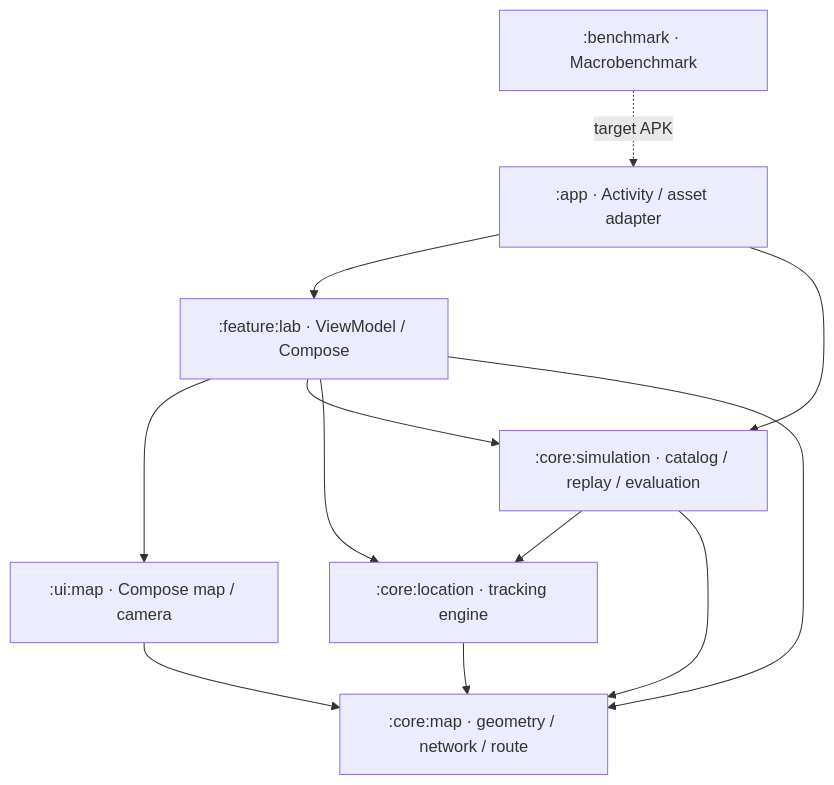
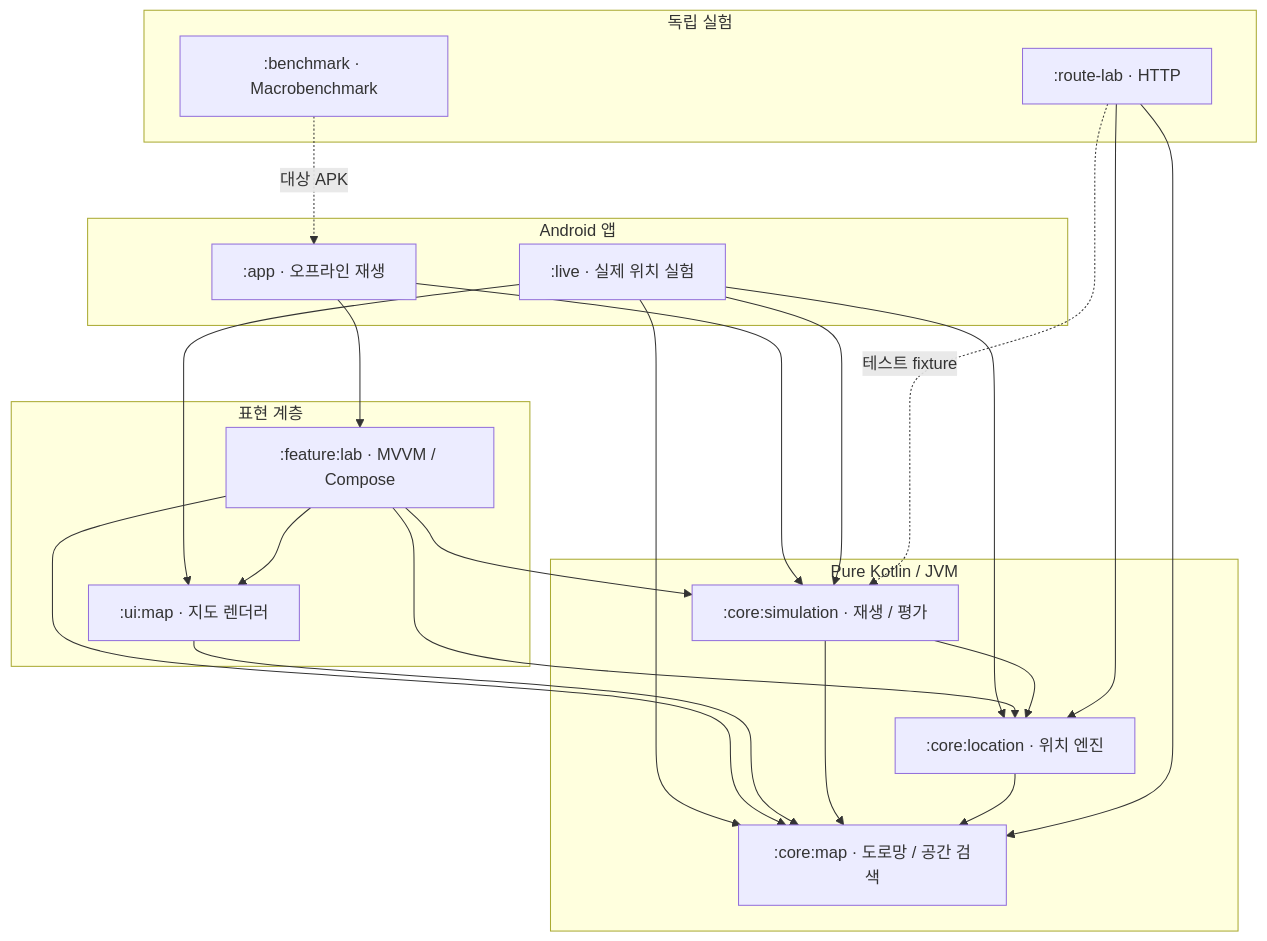
One commit to CodingBot000/AndroidLocaltionRecovery changed the first of 4 diagrams in docs/architecture.md. Above: the diagram before and after it, drawn with Mermaid. The commit also changed other lines of this file and 17 other files, not shown here.

Commit message:
docs: reorganize architecture, engineering results and verification guides

````diff
--- a/docs/architecture.md
+++ b/docs/architecture.md
@@ -3,14 +9,29 @@
 ```mermaid
 flowchart TD
-    A[":app · Activity / asset adapter"] --> F[":feature:lab · ViewModel / Compose"]
-    A --> S[":core:simulation · catalog / replay / evaluation"]
-    F --> U[":ui:map · Compose map / camera"]
-    F --> S
-    F --> L[":core:location · tracking engine"]
-    F --> M[":core:map · geometry / network / route"]
+    subgraph Apps["Android 앱"]
+        A[":app · 오프라인 재생"]
+        B[":live · 실제 위치 실험"]
+    end
+    subgraph UI["표현 계층"]
+        F[":feature:lab · MVVM / Compose"]
+        U[":ui:map · 지도 렌더러"]
+    end
+    subgraph Core["Pure Kotlin / JVM"]
+        S[":core:simulation · 재생 / 평가"]
+        L[":core:location · 위치 엔진"]
+        M[":core:map · 도로망 / 공간 검색"]
+    end
+    subgraph Labs["독립 실험"]
+        R[":route-lab · HTTP"]
+        Q[":benchmark · Macrobenchmark"]
+    end
+    A --> F & S
+    B --> U & S & L & M
+    F --> U & S & L & M
     U --> M
-    S --> L
-    S --> M
+    S --> L & M
     L --> M
-    B[":benchmark · Macrobenchmark"] -. target APK .-> A
+    R --> L & M
+    R -. 테스트 fixture .-> S
+    Q -. 대상 APK .-> A
 ```
````
